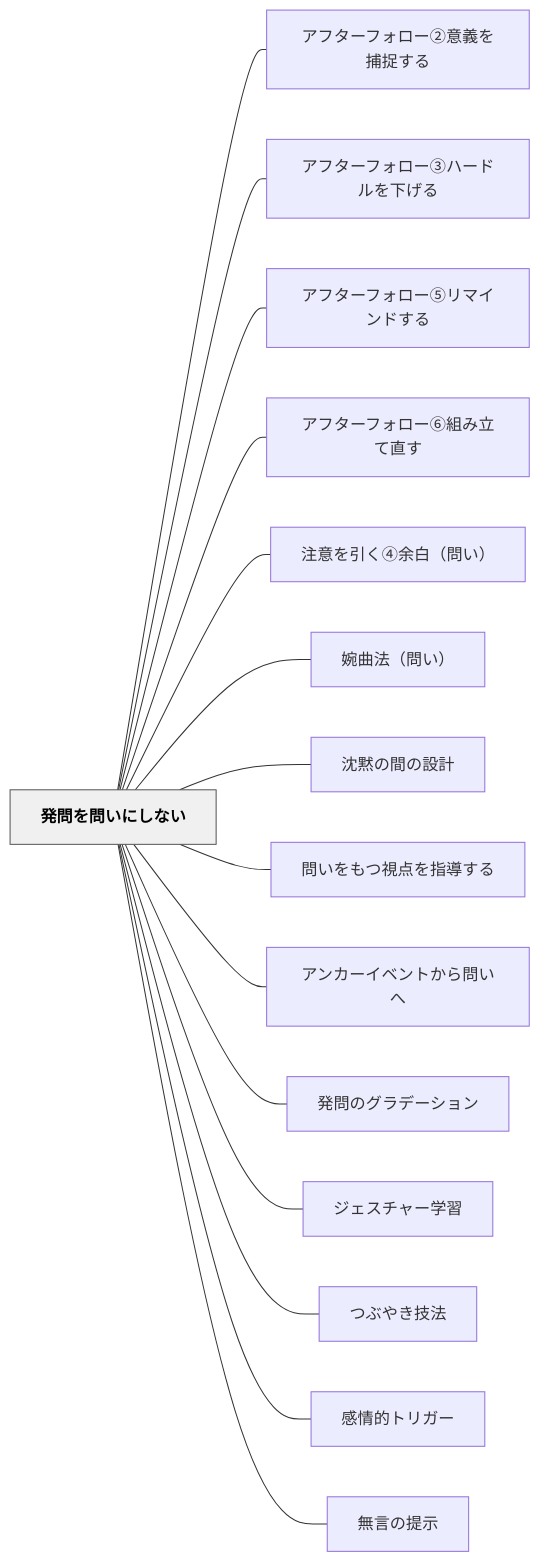
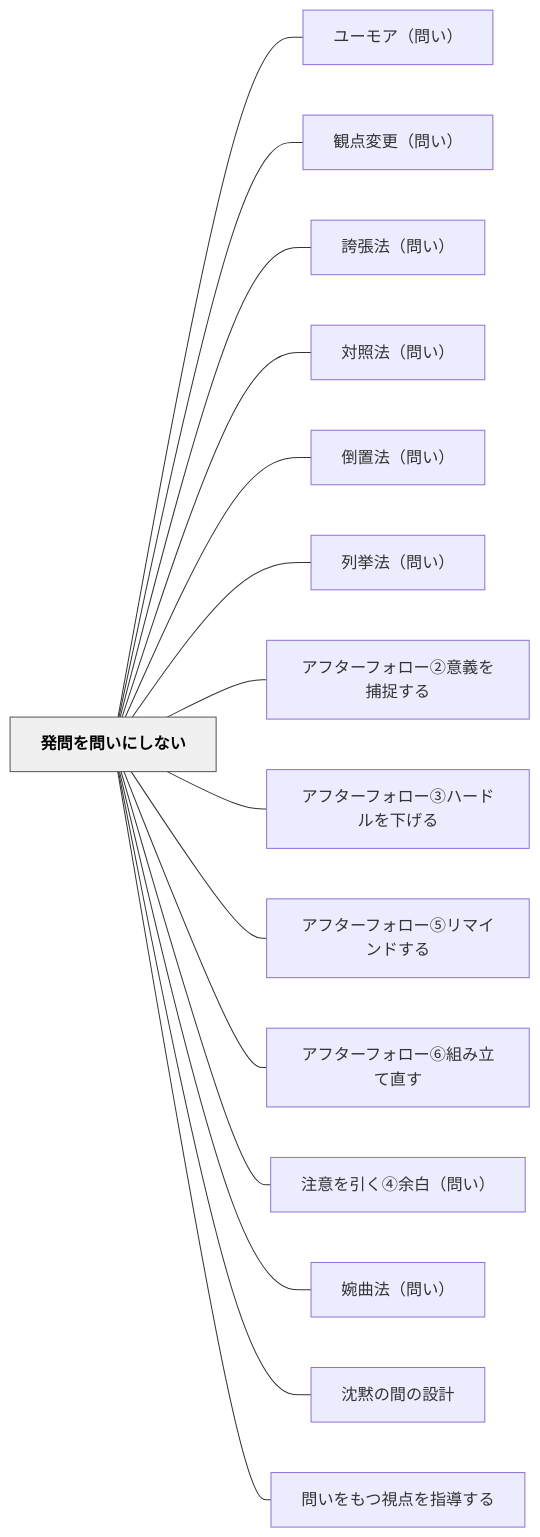
Before and after one commit to unknownthings-ed-patterns/unknownthings-ed-patterns: the diagram in content/パタン/発問を問いにしない.md, drawn with Mermaid. The commit also changed other lines of this file and 44 other files, not shown here.

````diff
--- a/content/パタン/発問を問いにしない.md
+++ b/content/パタン/発問を問いにしない.md
@@ -91,36 +97,36 @@
 ```mermaid
 flowchart LR
     ne799bae5958fe38292e5958fe38184e381abe38197e381aae38184["発問を問いにしない"]
+    ne383a6e383bce383a2e382a2efbc88e5958fe38184efbc89["ユーモア（問い）"]
+    ne8a6b3e782b9e5a489e69bb4efbc88e5958fe38184efbc89["観点変更（問い）"]
+    ne8aa87e5bcb5e6b395efbc88e5958fe38184efbc89["誇張法（問い）"]
+    ne5afbee785a7e6b395efbc88e5958fe38184efbc89["対照法（問い）"]
+    ne58092e7bdaee6b395efbc88e5958fe38184efbc89["倒置法（問い）"]
+    ne58897e68c99e6b395efbc88e5958fe38184efbc89["列挙法（問い）"]
     ne382a2e38395e382bfe383bce38395e382a9e383ade383bce291a1e6848fe7bea9e38292e68d95e68d89e38199e3828b["アフターフォロー②意義を捕捉する"]
     ne382a2e38395e382bfe383bce38395e382a9e383ade383bce291a2e3838fe383bce38389e383abe38292e4b88be38192e3828b["アフターフォロー③ハードルを下げる"]
     ne382a2e38395e382bfe383bce38395e382a9e383ade383bce291a4e383aae3839ee382a4e383b3e38389e38199e3828b["アフターフォロー⑤リマインドする"]
     ne382a2e38395e382bfe383bce38395e382a9e383ade383bce291a5e7b584e381bfe7ab8be381a6e79bb4e38199["アフターフォロー⑥組み立て直す"]
     ne6b3a8e6848fe38292e5bc95e3818fe291a3e4bd99e799bdefbc88e5958fe38184efbc89["注意を引く④余白（問い）"]
     ne5a989e69bb2e6b395efbc88e5958fe38184efbc89["婉曲法（問い）"]
     ne6b288e9bb99e381aee99693e381aee8a8ade8a888["沈黙の間の設計"]
     ne5958fe38184e38292e38282e381a4e8a696e782b9e38292e68c87e5b08ee38199e3828b["問いをもつ視点を指導する"]
-    ne382a2e383b3e382abe383bce382a4e38399e383b3e38388e3818be38289e5958fe38184e381b8["アンカーイベントから問いへ"]
-    ne799bae5958fe381aee382b0e383a9e38387e383bce382b7e383a7e383b3["発問のグラデーション"]
-    ne382b8e382a7e382b9e38381e383a3e383bce5ada6e7bf92["ジェスチャー学習"]
-    ne381a4e381b6e38284e3818de68a80e6b395["つぶやき技法"]
-    ne6849fe68385e79a84e38388e383aae382ace383bc["感情的トリガー"]
-    ne784a1e8a880e381aee68f90e7a4ba["無言の提示"]
 
+    ne799bae5958fe38292e5958fe38184e381abe38197e381aae38184 --- ne383a6e383bce383a2e382a2efbc88e5958fe38184efbc89
+    ne799bae5958fe38292e5958fe38184e381abe38197e381aae38184 --- ne8a6b3e782b9e5a489e69bb4efbc88e5958fe38184efbc89
+    ne799bae5958fe38292e5958fe38184e381abe38197e381aae38184 --- ne8aa87e5bcb5e6b395efbc88e5958fe38184efbc89
+    ne799bae5958fe38292e5958fe38184e381abe38197e381aae38184 --- ne5afbee785a7e6b395efbc88e5958fe38184efbc89
+    ne799bae5958fe38292e5958fe38184e381abe38197e381aae38184 --- ne58092e7bdaee6b395efbc88e5958fe38184efbc89
+    ne799bae5958fe38292e5958fe38184e381abe38197e381aae38184 --- ne58897e68c99e6b395efbc88e5958fe38184efbc89
     ne799bae5958fe38292e5958fe38184e381abe38197e381aae38184 --- ne382a2e38395e382bfe383bce38395e382a9e383ade383bce291a1e6848fe7bea9e38292e68d95e68d89e38199e3828b
     ne799bae5958fe38292e5958fe38184e381abe38197e381aae38184 --- ne382a2e38395e382bfe383bce38395e382a9e383ade383bce291a2e3838fe383bce38389e383abe38292e4b88be38192e3828b
     ne799bae5958fe38292e5958fe38184e381abe38197e381aae38184 --- ne382a2e38395e382bfe383bce38395e382a9e383ade383bce291a4e383aae3839ee382a4e383b3e38389e38199e3828b
     ne799bae5958fe38292e5958fe38184e381abe38197e381aae38184 --- ne382a2e38395e382bfe383bce38395e382a9e383ade383bce291a5e7b584e381bfe7ab8be381a6e79bb4e38199
     ne799bae5958fe38292e5958fe38184e381abe38197e381aae38184 --- ne6b3a8e6848fe38292e5bc95e3818fe291a3e4bd99e799bdefbc88e5958fe38184efbc89
     ne799bae5958fe38292e5958fe38184e381abe38197e381aae38184 --- ne5a989e69bb2e6b395efbc88e5958fe38184efbc89
     ne799bae5958fe38292e5958fe38184e381abe38197e381aae38184 --- ne6b288e9bb99e381aee99693e381aee8a8ade8a888
     ne799bae5958fe38292e5958fe38184e381abe38197e381aae38184 --- ne5958fe38184e38292e38282e381a4e8a696e782b9e38292e68c87e5b08ee38199e3828b
-    ne799bae5958fe38292e5958fe38184e381abe38197e381aae38184 --- ne382a2e383b3e382abe383bce382a4e38399e383b3e38388e3818be38289e5958fe38184e381b8
-    ne799bae5958fe38292e5958fe38184e381abe38197e381aae38184 --- ne799bae5958fe381aee382b0e383a9e38387e383bce382b7e383a7e383b3
-    ne799bae5958fe38292e5958fe38184e381abe38197e381aae38184 --- ne382b8e382a7e382b9e38381e383a3e383bce5ada6e7bf92
-    ne799bae5958fe38292e5958fe38184e381abe38197e381aae38184 --- ne381a4e381b6e38284e3818de68a80e6b395
-    ne799bae5958fe38292e5958fe38184e381abe38197e381aae38184 --- ne6849fe68385e79a84e38388e383aae382ace383bc
-    ne799bae5958fe38292e5958fe38184e381abe38197e381aae38184 --- ne784a1e8a880e381aee68f90e7a4ba
 
     classDef hub fill:#f0f0f0,stroke:#555,color:#000,font-weight:bold
     class ne799bae5958fe38292e5958fe38184e381abe38197e381aae38184 hub
 ```
````
